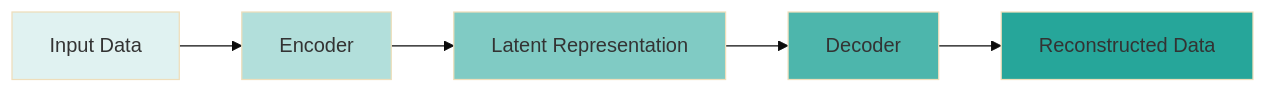
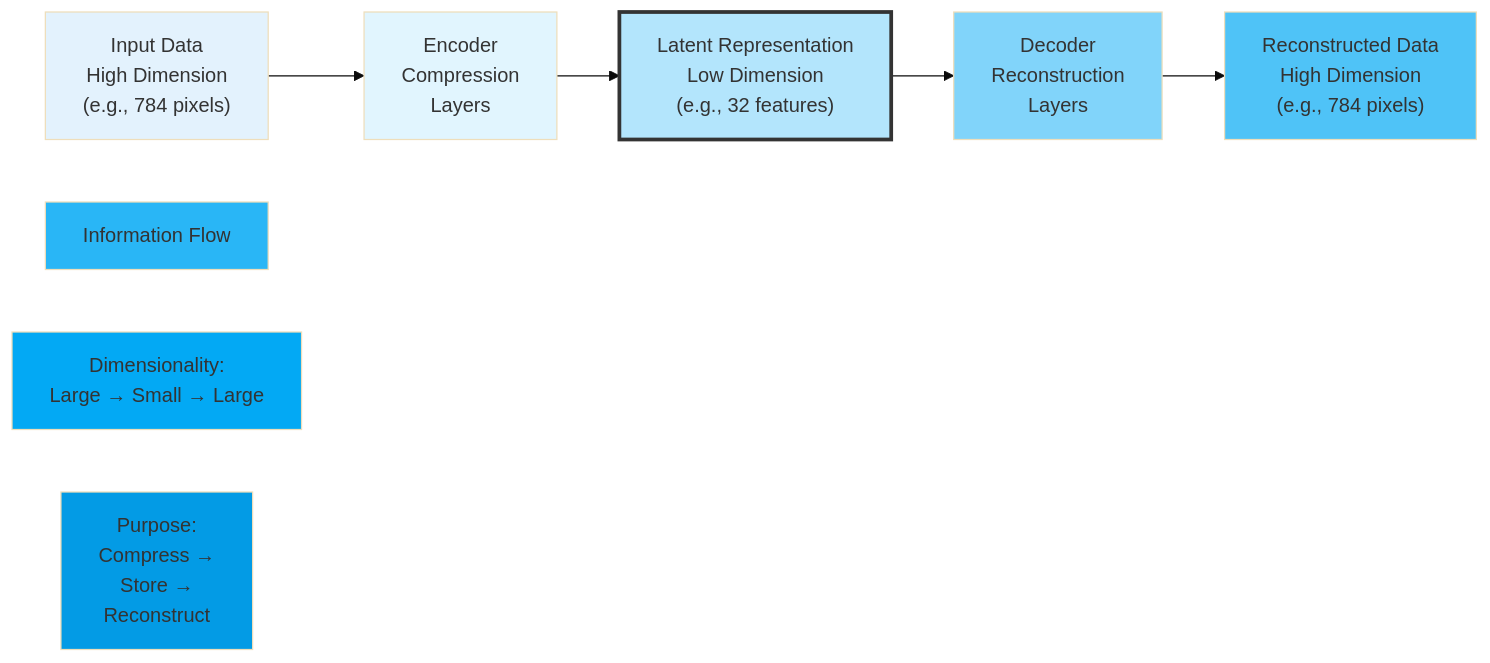
One commit to Chaklader/landmark-classification-cnn changed the third of 9 diagrams in C_4.md. Above: the diagram before and after it, drawn with Mermaid (base theme). The commit also changed other lines of this file, not shown here.

````diff
--- a/C_4.md
+++ b/C_4.md
@@ -292,12 +642,20 @@
 ```mermaid
 graph LR
-    A["Input Data"] --> B["Encoder"]
-    B --> C["Latent Representation"]
-    C --> D["Decoder"]
-    D --> E["Reconstructed Data"]
-    style A fill:#E0F2F1
-    style B fill:#B2DFDB
-    style C fill:#80CBC4
-    style D fill:#4DB6AC
-    style E fill:#26A69A
+    A["Input Data<br/>High Dimension<br/>(e.g., 784 pixels)"] --> B["Encoder<br/>Compression<br/>Layers"]
+    B --> C["Latent Representation<br/>Low Dimension<br/>(e.g., 32 features)"]
+    C --> D["Decoder<br/>Reconstruction<br/>Layers"]
+    D --> E["Reconstructed Data<br/>High Dimension<br/>(e.g., 784 pixels)"]
+
+    F["Information Flow"]
+    G["Dimensionality: <br>Large → Small → Large"]
+    H["Purpose: <br>Compress → <br>Store → <br>Reconstruct"]
+
+    style A fill:#E3F2FD
+    style B fill:#E1F5FE
+    style C fill:#B3E5FC,stroke:#333,stroke-width:3px
+    style D fill:#81D4FA
+    style E fill:#4FC3F7
+    style F fill:#29B6F6
+    style G fill:#03A9F4
+    style H fill:#039BE5
 ```
````
